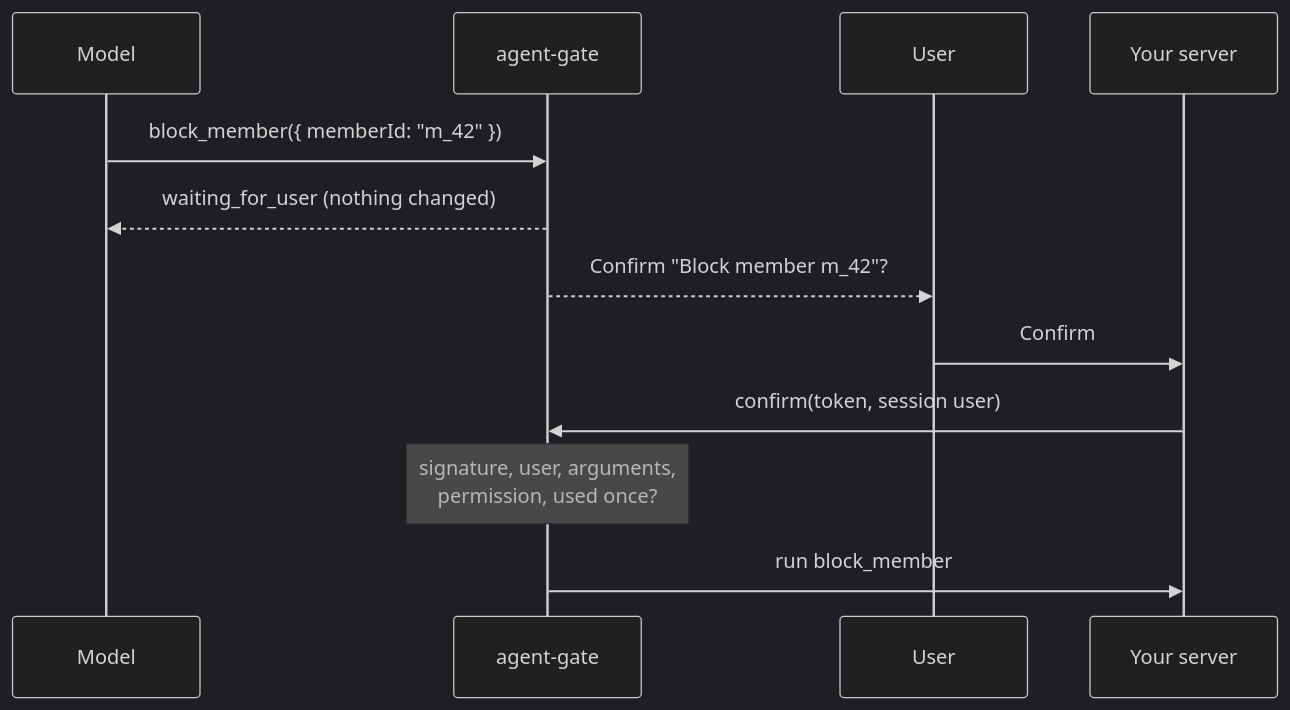
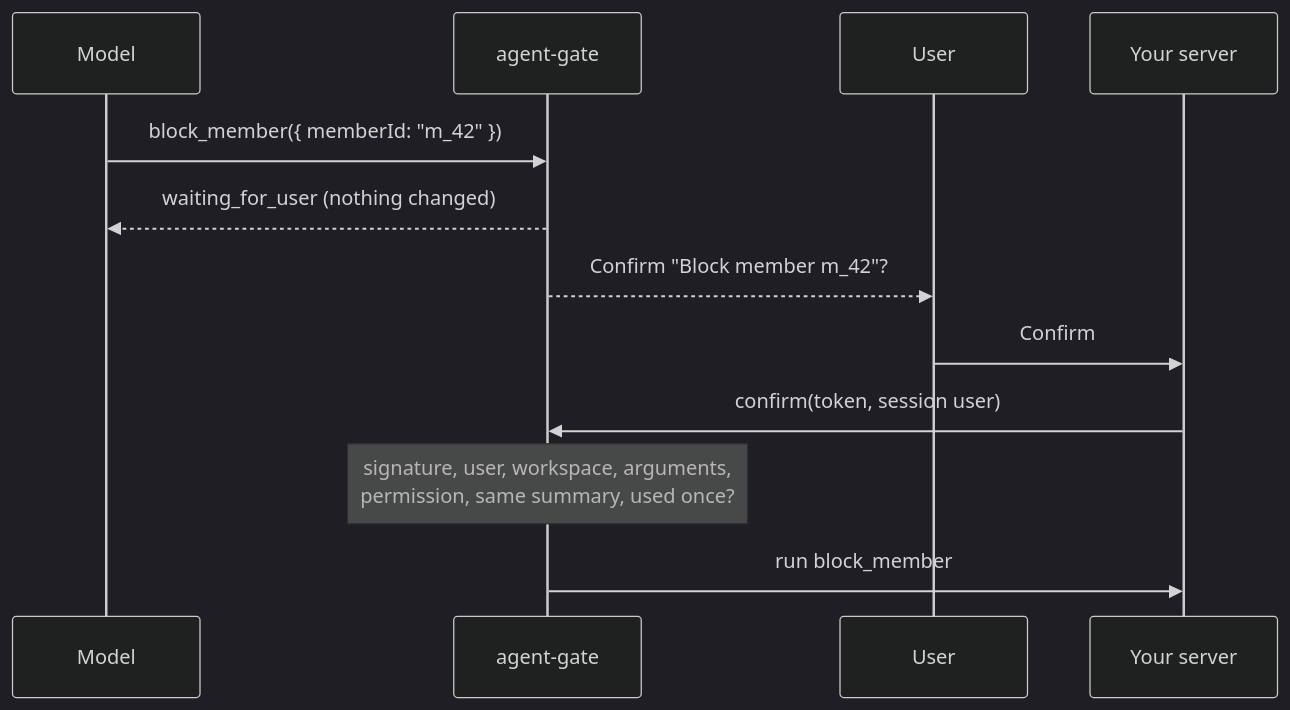
One commit to tawachdev/agent-gate changed the diagram in README.md. Above: the diagram before and after it, drawn with Mermaid (dark theme). The commit also changed other lines of this file and 18 other files, not shown here.

````diff
--- a/README.md
+++ b/README.md
@@ -9,14 +9,14 @@
 ```mermaid
 sequenceDiagram
     participant M as Model
     participant G as agent-gate
     participant U as User
     participant S as Your server
     M->>G: block_member({ memberId: "m_42" })
     G-->>M: waiting_for_user (nothing changed)
     G-->>U: Confirm "Block member m_42"?
     U->>S: Confirm
     S->>G: confirm(token, session user)
-    Note over G: signature, user, arguments,<br/>permission, used once?
+    Note over G: signature, user, workspace, arguments,<br/>permission, same summary, used once?
     G->>S: run block_member
 ```
````
